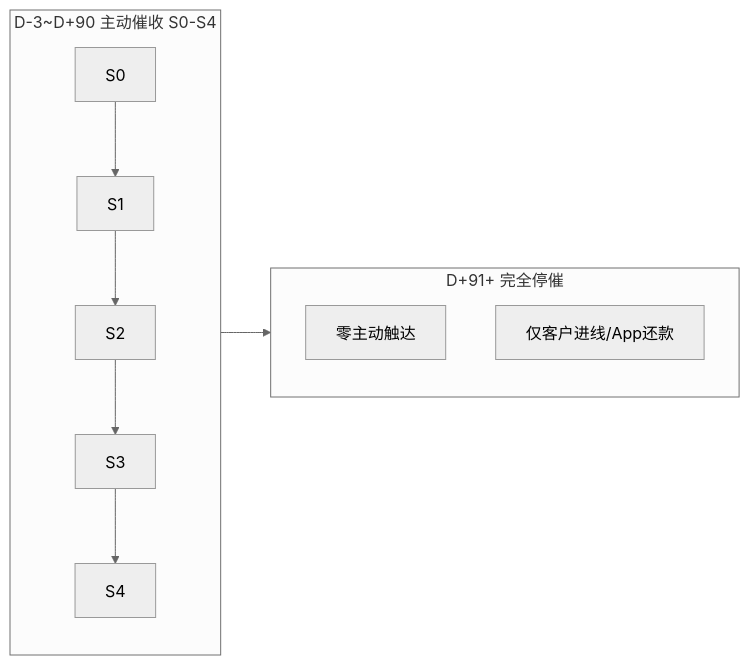
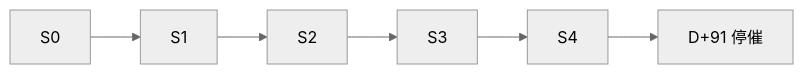
One commit to katherineliu2102/Intelligent-Collection-V1 changed the diagram in docs/channel/MOCASA催收系统升级_Phase1_渠道编排规格.md. Above: the diagram before and after it, drawn with Mermaid (neutral theme). The commit also changed other lines of this file, not shown here.

````diff
--- a/docs/channel/MOCASA催收系统升级_Phase1_渠道编排规格.md
+++ b/docs/channel/MOCASA催收系统升级_Phase1_渠道编排规格.md
@@ -290,11 +201,4 @@
 ```mermaid
 flowchart LR
-  subgraph active [D-3~D+90 主动催收 S0-S4]
-    S0 --> S1 --> S2 --> S3 --> S4
-  end
-  subgraph stop [D+91+ 完全停催]
-    Z[零主动触达]
-    I[仅客户进线/App还款]
-  end
-  active --> stop
+  S0 --> S1 --> S2 --> S3 --> S4 --> Z[D+91 停催]
 ```
````
